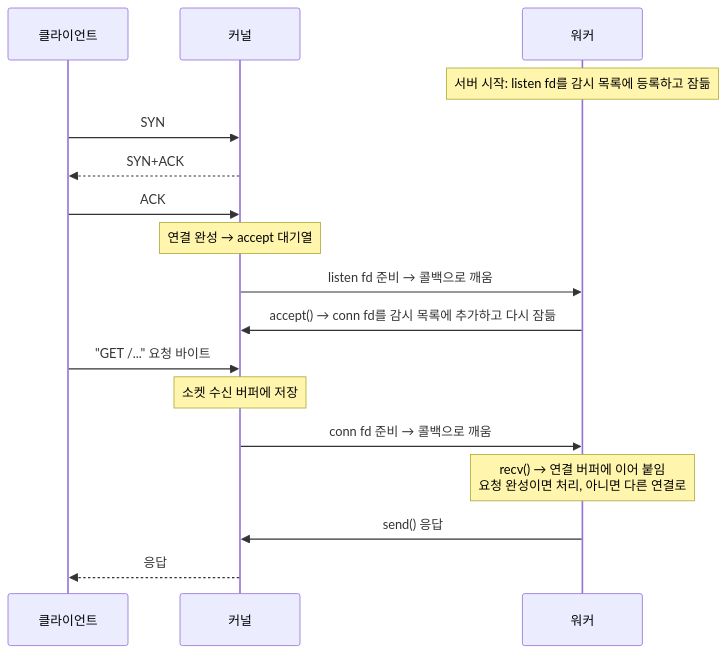
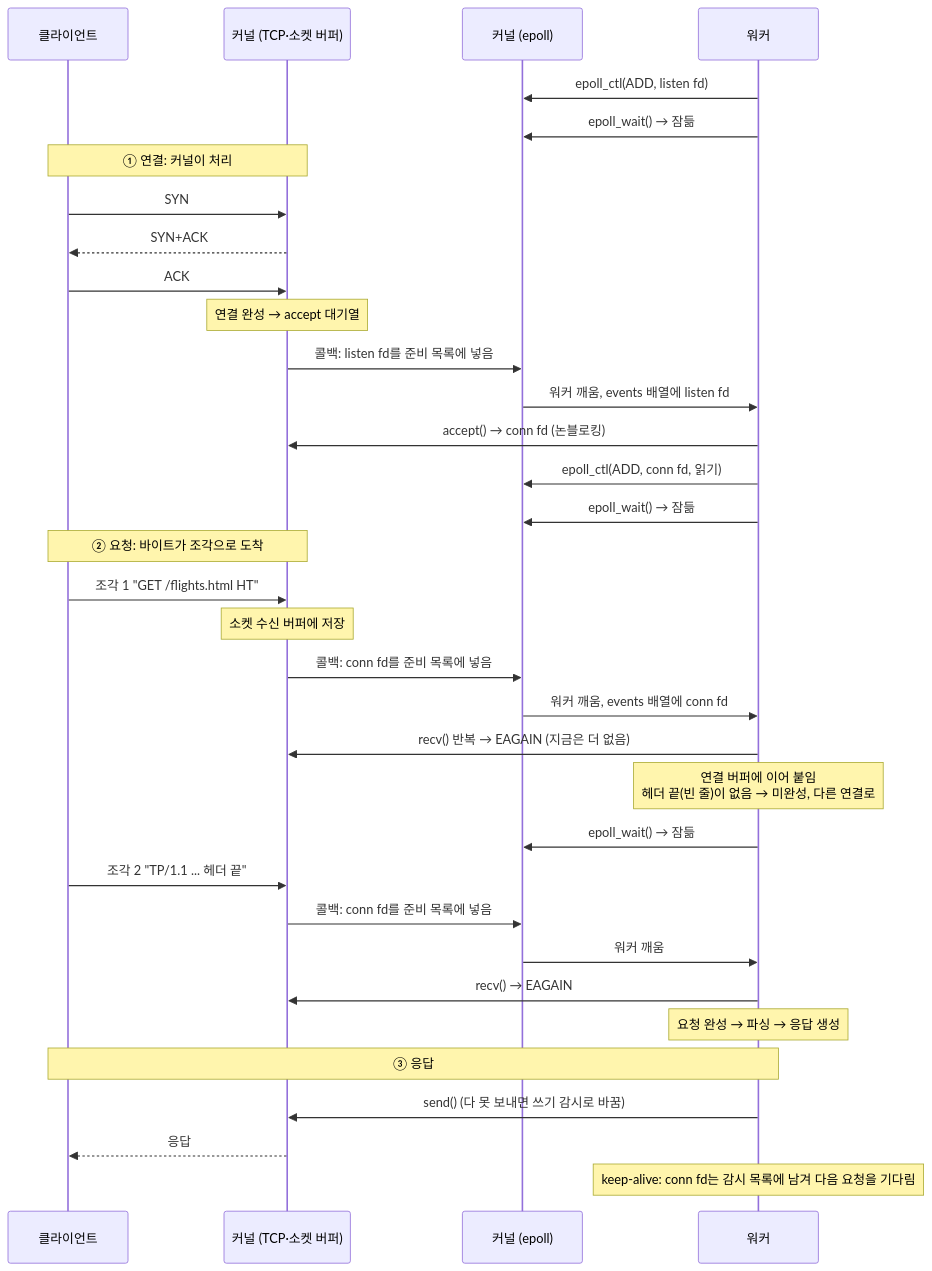
One commit to choimoohun/SW-AI-W13-Web-Server changed the first of 2 diagrams in README.md. Above: the diagram before and after it, drawn with Mermaid.

Commit message:
docs: 이벤트 루프 시퀀스 다이어그램 세분화

````diff
--- a/README.md
+++ b/README.md
@@ -30,19 +30,36 @@
 ```mermaid
 sequenceDiagram
     participant C as 클라이언트
-    participant K as 커널
+    participant K as 커널 (TCP·소켓 버퍼)
+    participant E as 커널 (epoll)
     participant W as 워커
-    Note over W: 서버 시작: listen fd를 감시 목록에 등록하고 잠듦
+    W->>E: epoll_ctl(ADD, listen fd)
+    W->>E: epoll_wait() → 잠듦
+    Note over C,K: ① 연결: 커널이 처리
     C->>K: SYN
     K-->>C: SYN+ACK
     C->>K: ACK
     Note over K: 연결 완성 → accept 대기열
-    K->>W: listen fd 준비 → 콜백으로 깨움
-    W->>K: accept() → conn fd를 감시 목록에 추가하고 다시 잠듦
-    C->>K: "GET /..." 요청 바이트
+    K->>E: 콜백: listen fd를 준비 목록에 넣음
+    E->>W: 워커 깨움, events 배열에 listen fd
+    W->>K: accept() → conn fd (논블로킹)
+    W->>E: epoll_ctl(ADD, conn fd, 읽기)
+    W->>E: epoll_wait() → 잠듦
+    Note over C,K: ② 요청: 바이트가 조각으로 도착
+    C->>K: 조각 1 "GET /flights.html HT"
     Note over K: 소켓 수신 버퍼에 저장
-    K->>W: conn fd 준비 → 콜백으로 깨움
-    Note over W: recv() → 연결 버퍼에 이어 붙임<br/>요청 완성이면 처리, 아니면 다른 연결로
-    W->>K: send() 응답
+    K->>E: 콜백: conn fd를 준비 목록에 넣음
+    E->>W: 워커 깨움, events 배열에 conn fd
+    W->>K: recv() 반복 → EAGAIN (지금은 더 없음)
+    Note over W: 연결 버퍼에 이어 붙임<br/>헤더 끝(빈 줄)이 없음 → 미완성, 다른 연결로
+    W->>E: epoll_wait() → 잠듦
+    C->>K: 조각 2 "TP/1.1 ... 헤더 끝"
+    K->>E: 콜백: conn fd를 준비 목록에 넣음
+    E->>W: 워커 깨움
+    W->>K: recv() → EAGAIN
+    Note over W: 요청 완성 → 파싱 → 응답 생성
+    Note over C,W: ③ 응답
+    W->>K: send() (다 못 보내면 쓰기 감시로 바꿈)
     K-->>C: 응답
+    Note over W: keep-alive: conn fd는 감시 목록에 남겨 다음 요청을 기다림
 ```
````
